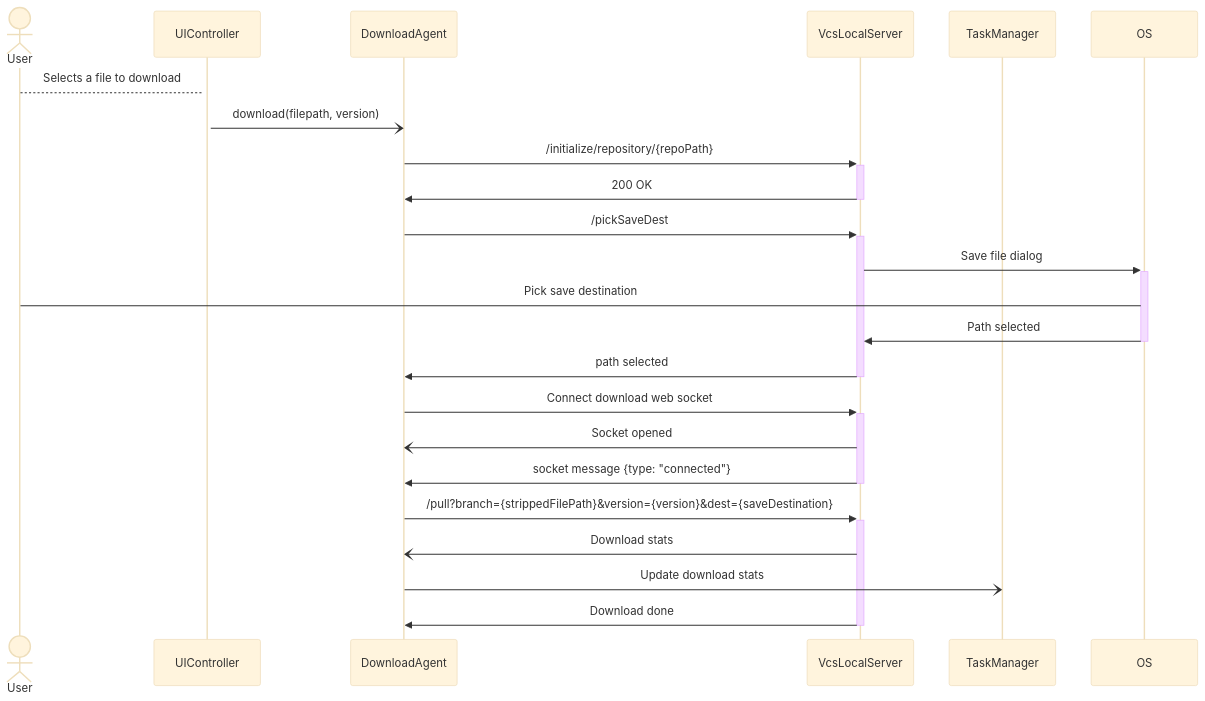
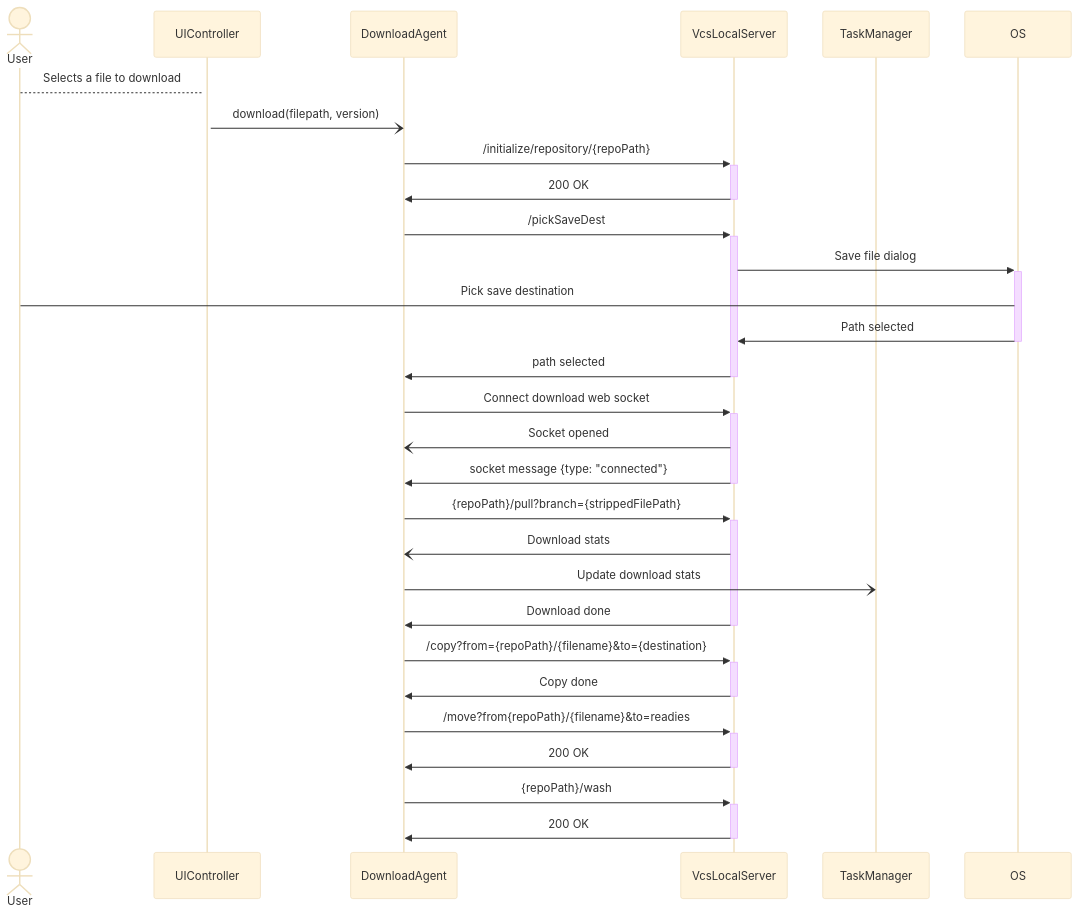
Before and after one commit to Star-Plus/CloudsparkWeb: the diagram in src/lib/features/drive/agents/download/DownloadAgent.mermaid, drawn with Mermaid (base theme). The commit also changed 6 other files, not shown here.

Commit message:
feat: implement DownloadAgent and DownloadButton components for file download functionality

```diff
--- a/src/lib/features/drive/agents/download/DownloadAgent.mermaid
+++ b/src/lib/features/drive/agents/download/DownloadAgent.mermaid
@@ -1,31 +1,40 @@
 sequenceDiagram
     actor User
     participant UIController
     participant DownloadAgent
     participant VcsLocalServer
     participant TaskManager
 
     
     User -->+ UIController: Selects a file to download
     UIController -) DownloadAgent: download(filepath, version)
     DownloadAgent ->>+ VcsLocalServer: /initialize/repository/{repoPath}
     VcsLocalServer ->>- DownloadAgent: 200 OK
 
     DownloadAgent ->>+ VcsLocalServer: /pickSaveDest
     VcsLocalServer ->>+ OS: Save file dialog
     User -> OS: Pick save destination
 
-    OS ->>- VcsLocalServer: Path selected    
+    OS ->>- VcsLocalServer: Path selected
     VcsLocalServer ->>- DownloadAgent: path selected
 
     DownloadAgent ->>+ VcsLocalServer: Connect download web socket
     VcsLocalServer -) DownloadAgent: Socket opened
 
     VcsLocalServer ->>- DownloadAgent: socket message {type: "connected"}
 
-    DownloadAgent ->>+ VcsLocalServer: /pull?branch={strippedFilePath}&version={version}&dest={saveDestination}
+    DownloadAgent ->>+ VcsLocalServer: {repoPath}/pull?branch={strippedFilePath}
 
     VcsLocalServer -) DownloadAgent: Download stats
     DownloadAgent -) TaskManager: Update download stats
 
     VcsLocalServer ->>- DownloadAgent: Download done
+
+    DownloadAgent ->>+ VcsLocalServer: /copy?from={repoPath}/{filename}&to={destination}
+    VcsLocalServer ->>- DownloadAgent: Copy done
+
+    DownloadAgent ->>+ VcsLocalServer: /move?from{repoPath}/{filename}&to=readies
+    VcsLocalServer ->>- DownloadAgent: 200 OK
+
+    DownloadAgent ->>+ VcsLocalServer: {repoPath}/wash
+    VcsLocalServer ->>- DownloadAgent: 200 OK
```
